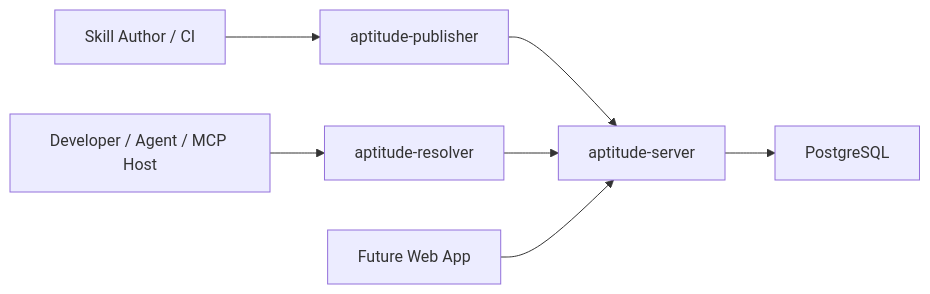
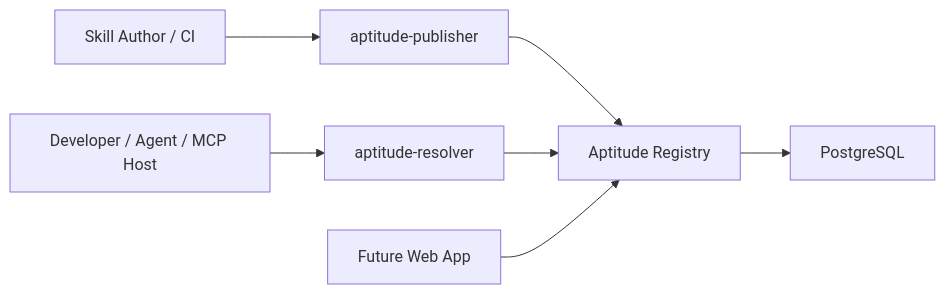
The diagram in README.md (aptitude-stack/docs), drawn with Mermaid before and after one commit. The commit also changed other lines of this file and 99 other files, not shown here.

Commit message:
Update project overview and README for Aptitude; enhance clarity on skill governance and system architecture. Remove obsolete API contract and discovery documents, and clean up .DS_Store files.

````diff
--- a/README.md
+++ b/README.md
@@ -34,9 +29,9 @@
 ```mermaid
 flowchart LR
     Author["Skill Author / CI"] --> Publisher["aptitude-publisher"]
     User["Developer / Agent / MCP Host"] --> Resolver["aptitude-resolver"]
-    Publisher --> Server["aptitude-server"]
-    Resolver --> Server
-    Server --> DB["PostgreSQL"]
-    Web["Future Web App"] --> Server
+    Publisher --> Registry["Aptitude Registry"]
+    Resolver --> Registry
+    Registry --> DB["PostgreSQL"]
+    Web["Future Web App"] --> Registry
 ```
````
